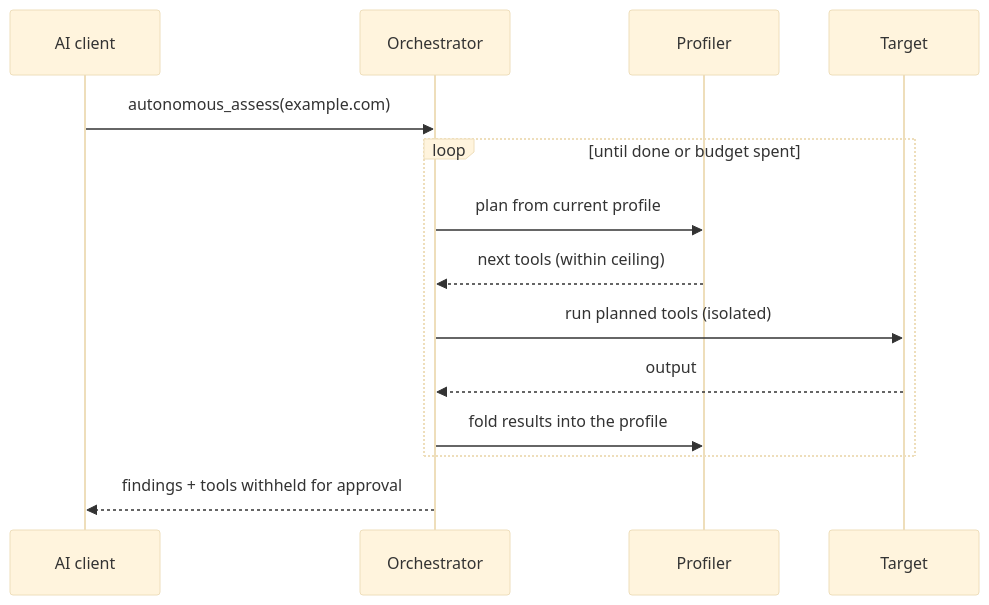
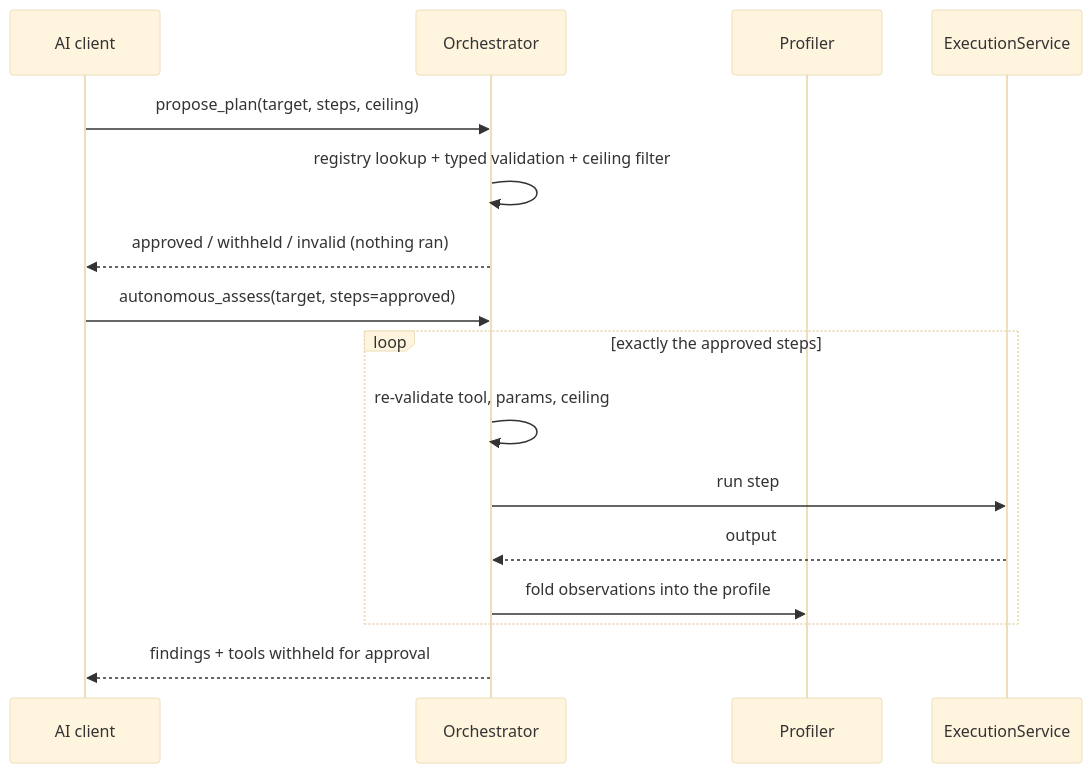
One commit to Arseno25/nexhunter changed the second of 2 diagrams in docs/how-it-works.md. Above: the diagram before and after it, drawn with Mermaid (base theme). The commit also changed other lines of this file and 11 other files, not shown here.

Commit message:
Add AI plan-first flow: propose_plan reviews, autonomous_assess executes approved steps

````diff
--- a/docs/how-it-works.md
+++ b/docs/how-it-works.md
@@ -108,17 +88,19 @@
 ```mermaid
 sequenceDiagram
     participant AI as AI client
     participant O as Orchestrator
     participant P as Profiler
-    participant T as Target
+    participant E as ExecutionService
 
-    AI->>O: autonomous_assess(example.com)
-    loop until done or budget spent
-        O->>P: plan from current profile
-        P-->>O: next tools (within ceiling)
-        O->>T: run planned tools (isolated)
-        T-->>O: output
-        O->>P: fold results into the profile
+    AI->>O: propose_plan(target, steps, ceiling)
+    O->>O: registry lookup + typed validation + ceiling filter
+    O-->>AI: approved / withheld / invalid (nothing ran)
+    AI->>O: autonomous_assess(target, steps=approved)
+    loop exactly the approved steps
+        O->>O: re-validate tool, params, ceiling
+        O->>E: run step
+        E-->>O: output
+        O->>P: fold observations into the profile
     end
     O-->>AI: findings + tools withheld for approval
 ```
````
